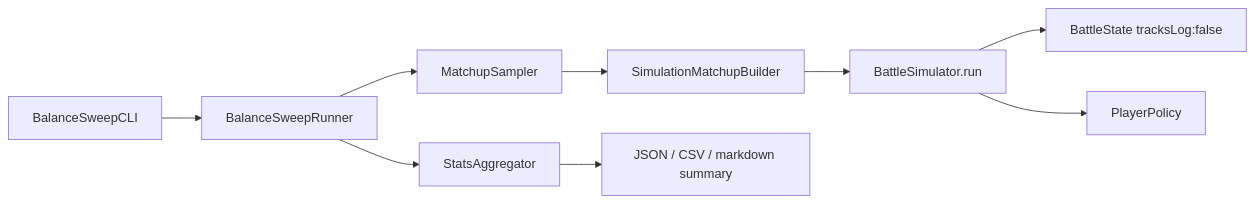
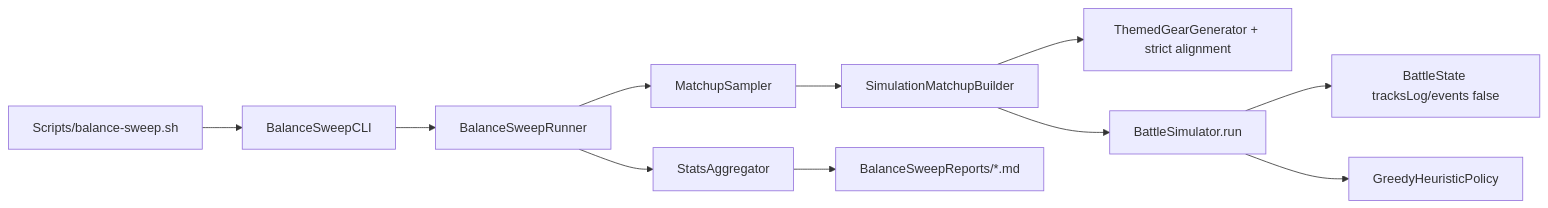
One commit to Talyen/Trinket changed the diagram in Docs/Plans/BattleBalanceSimulator.md. Above: the diagram before and after it, drawn with Mermaid. The commit also changed other lines of this file and 23 other files, not shown here.

First line of the commit message:
feat(battle): add headless balance sweep simulator

````diff
--- a/Docs/Plans/BattleBalanceSimulator.md
+++ b/Docs/Plans/BattleBalanceSimulator.md
@@ -134,11 +103,13 @@
 ```mermaid
 flowchart LR
-  CLI["BalanceSweepCLI"] --> Sweep["BalanceSweepRunner"]
+  Script["Scripts/balance-sweep.sh"] --> CLI["BalanceSweepCLI"]
+  CLI --> Sweep["BalanceSweepRunner"]
   Sweep --> Sample["MatchupSampler"]
   Sample --> Build["SimulationMatchupBuilder"]
+  Build --> Gear["ThemedGearGenerator + strict alignment"]
   Build --> Sim["BattleSimulator.run"]
-  Sim --> State["BattleState tracksLog:false"]
-  Sim --> Policy["PlayerPolicy"]
+  Sim --> State["BattleState tracksLog/events false"]
+  Sim --> Policy["GreedyHeuristicPolicy"]
   Sweep --> Agg["StatsAggregator"]
-  Agg --> Report["JSON / CSV / markdown summary"]
+  Agg --> MD["BalanceSweepReports/*.md"]
 ```
````
